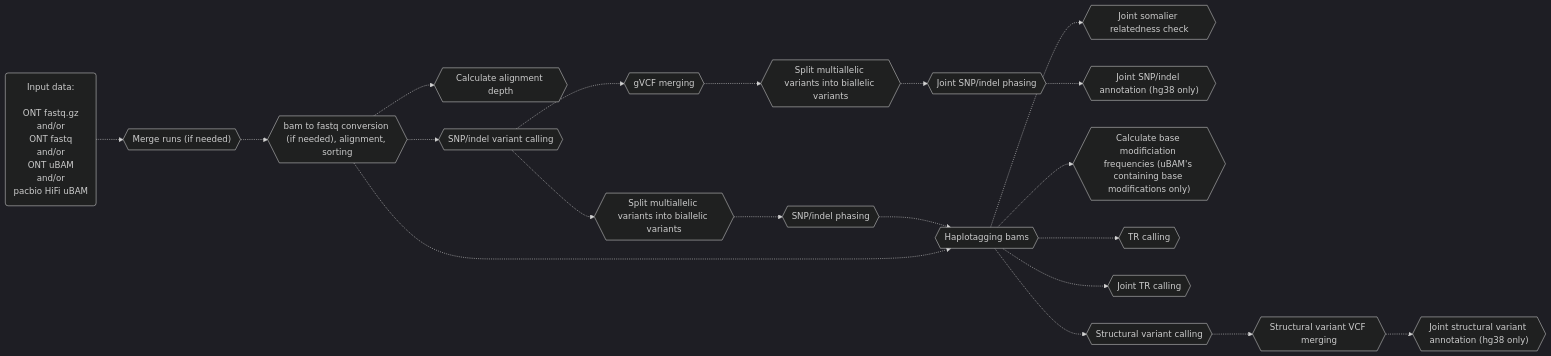
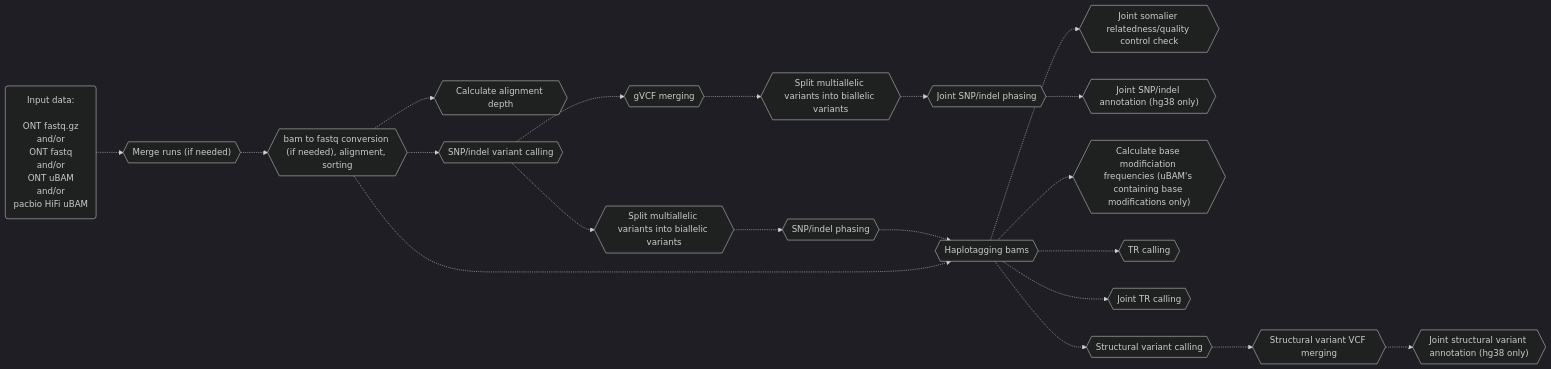
Before and after one commit to leahkemp/pipeface: the second of 3 diagrams in docs/pipeface/info.md, drawn with Mermaid. The commit also changed other lines of this file and 2 other files, not shown here.

````diff
--- a/docs/pipeface/info.md
+++ b/docs/pipeface/info.md
@@ -36,35 +36,35 @@
 ```mermaid
 %%{init: {'theme':'dark'}}%%
 flowchart LR
 
 input_data("Input data: <br><br> ONT fastq.gz <br> and/or <br> ONT fastq <br> and/or <br> ONT uBAM <br> and/or <br> pacbio HiFi uBAM")
 merging{{"Merge runs (if needed)"}}
 alignment{{"bam to fastq conversion (if needed), alignment, sorting"}}
 depth{{"Calculate alignment depth"}}
 snp_indel_calling{{"SNP/indel variant calling"}}
 split_multiallele{{"Split multiallelic variants into biallelic variants"}}
 snp_indel_phasing{{"SNP/indel phasing"}}
-joint_somalier{{"Joint somalier relatedness check"}}
+joint_somalier{{"Joint somalier relatedness/quality control check"}}
 gvcf_merging{{"gVCF merging"}}
 joint_split_multiallele{{"Split multiallelic variants into biallelic variants"}}
 joint_snp_indel_phasing{{"Joint SNP/indel phasing"}}
 joint_snp_indel_annotation{{"Joint SNP/indel annotation (hg38 only)"}}
 haplotagging{{"Haplotagging bams"}}
 calculate_base_mod_freqs{{"Calculate base modificiation frequencies (uBAM's containing base modifications only)"}}
 tr_calling{{"TR calling"}}
 joint_tr_calling{{"Joint TR calling"}}
 sv_calling{{"Structural variant calling"}}
 sv_vcf_merging{{"Structural variant VCF merging"}}
 joint_sv_annotation{{"Joint structural variant annotation (hg38 only)"}}
 
 input_data-.->merging-.->alignment-.->snp_indel_calling-.->split_multiallele-.->snp_indel_phasing-.->haplotagging-.->sv_calling
 alignment-.->depth
 alignment-.->haplotagging
 haplotagging-.->calculate_base_mod_freqs
 haplotagging-.->tr_calling
 haplotagging-.->joint_tr_calling
 haplotagging-.->joint_somalier
 snp_indel_calling-.->gvcf_merging-.->joint_split_multiallele-.->joint_snp_indel_phasing-.->joint_snp_indel_annotation
 sv_calling-.->sv_vcf_merging-.->joint_sv_annotation
 
 ```
````
